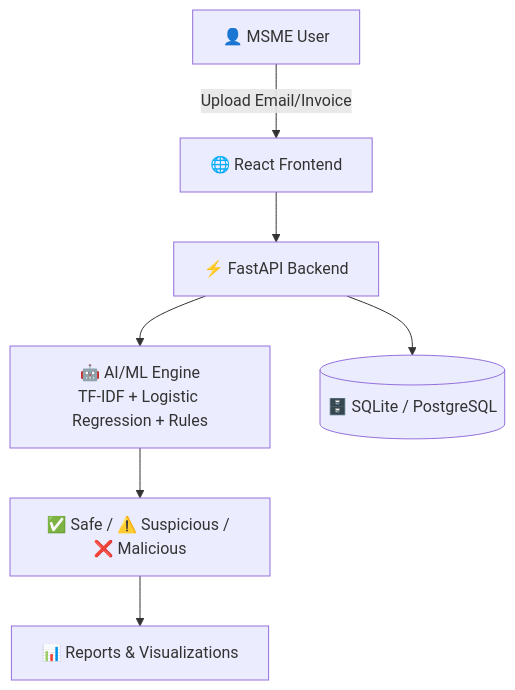
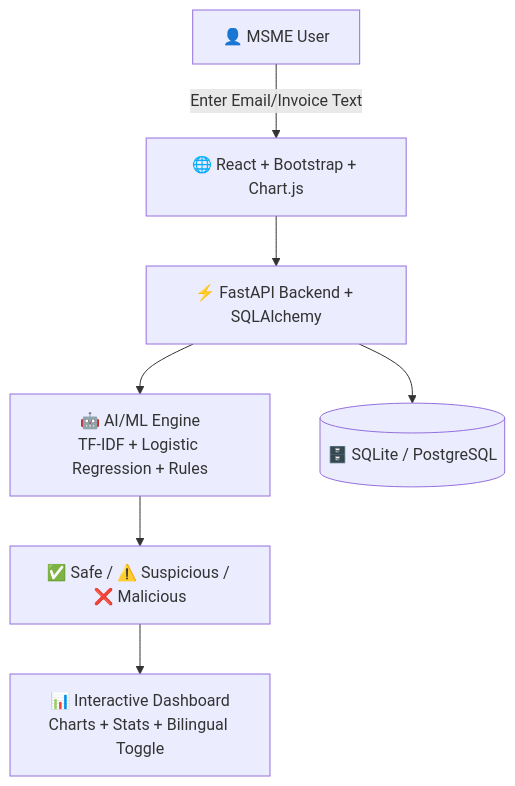
One commit to riyaaaa19/CyberSaarthi changed the diagram in README.md. Above: the diagram before and after it, drawn with Mermaid. The commit also changed other lines of this file, not shown here.

````diff
--- a/README.md
+++ b/README.md
@@ -91,9 +89,9 @@
 ```mermaid
 flowchart TD
-    User[👤 MSME User] -->|Upload Email/Invoice| Frontend[🌐 React Frontend]
-    Frontend --> Backend[⚡ FastAPI Backend]
+    User[👤 MSME User] -->|Enter Email/Invoice Text| Frontend[🌐 React + Bootstrap + Chart.js]
+    Frontend --> Backend[⚡ FastAPI Backend + SQLAlchemy]
     Backend --> AIEngine[🤖 AI/ML Engine<br>TF-IDF + Logistic Regression + Rules]
     Backend --> DB[(🗄️ SQLite / PostgreSQL)]
     AIEngine --> Verdict[✅ Safe / ⚠️ Suspicious / ❌ Malicious]
-    Verdict --> Dashboard[📊 Reports & Visualizations]
+    Verdict --> Dashboard[📊 Interactive Dashboard<br>Charts + Stats + Bilingual Toggle]
 ```
````
